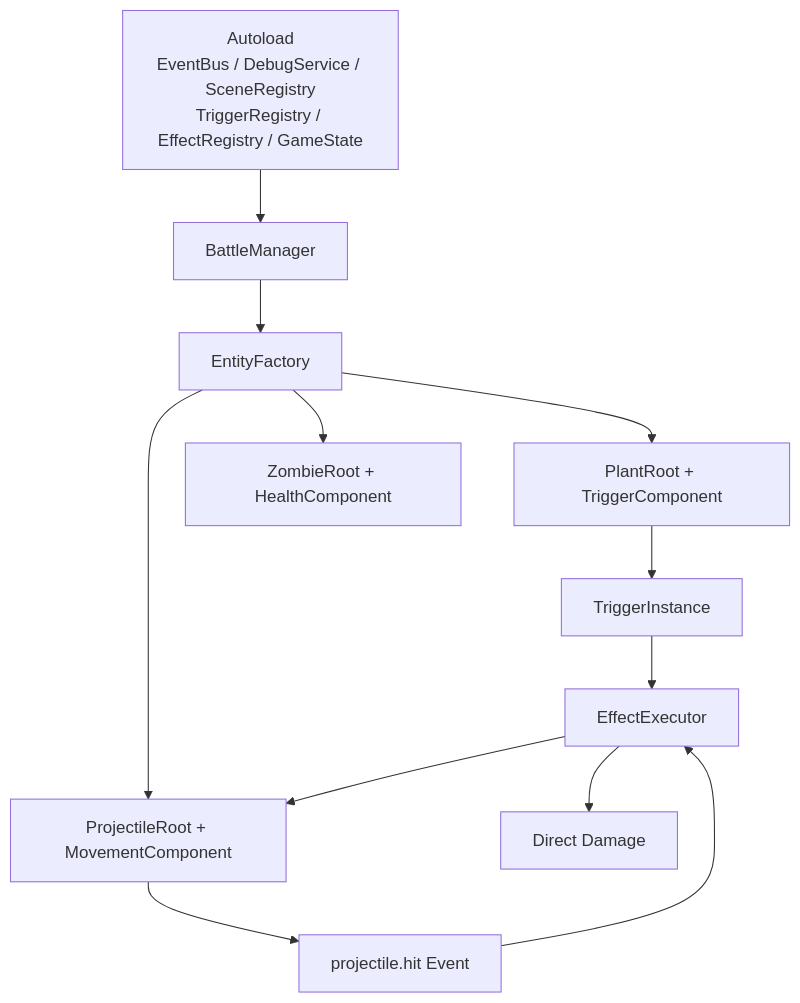
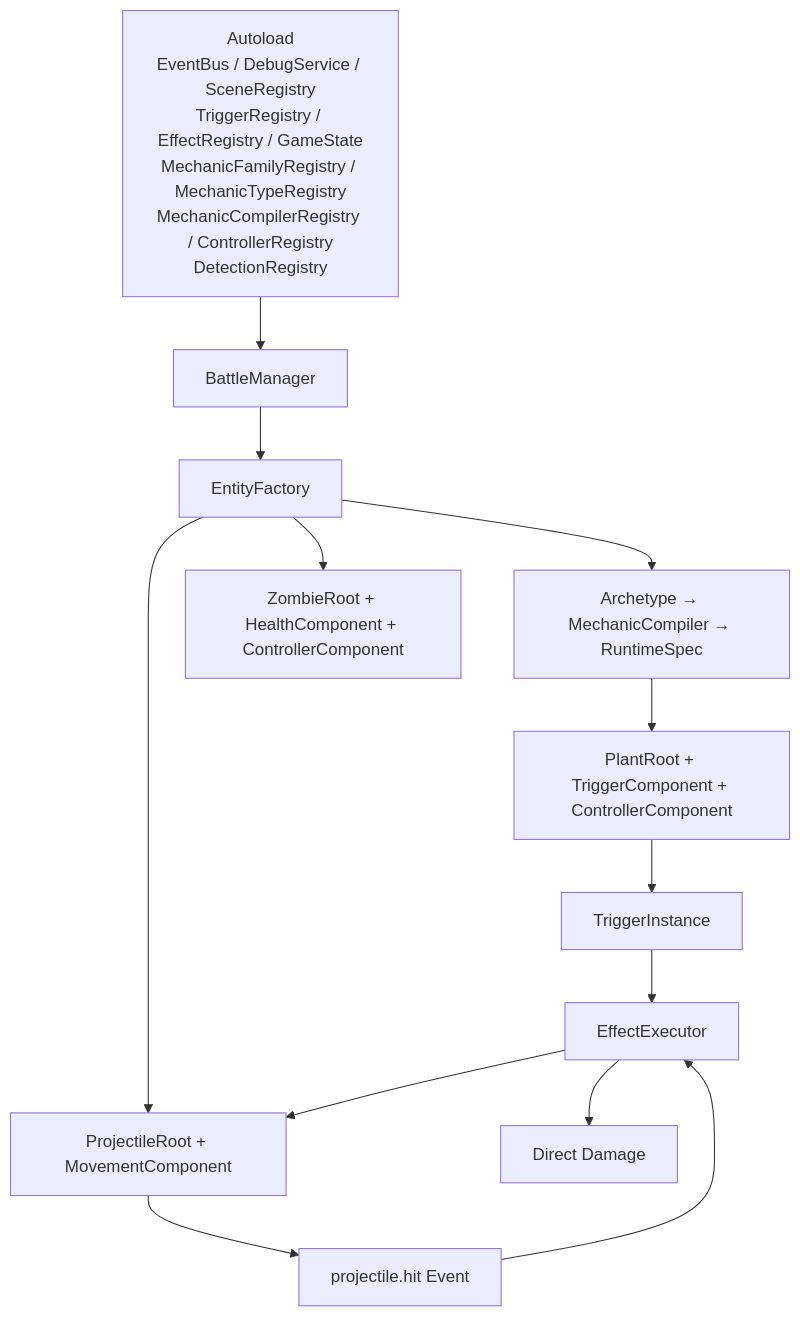
The second of 2 diagrams in wiki/01-overview/00-架构总览.md (Abgetrennter/open_pvz), drawn with Mermaid before and after one commit. The commit also changed other lines of this file and 12 other files, not shown here.

````diff
--- a/wiki/01-overview/00-架构总览.md
+++ b/wiki/01-overview/00-架构总览.md
@@ -61,14 +61,15 @@
 ```mermaid
 graph TD
-    A["Autoload<br/>EventBus / DebugService / SceneRegistry<br/>TriggerRegistry / EffectRegistry / GameState"] --> B["BattleManager"]
+    A["Autoload<br/>EventBus / DebugService / SceneRegistry<br/>TriggerRegistry / EffectRegistry / GameState<br/>MechanicFamilyRegistry / MechanicTypeRegistry<br/>MechanicCompilerRegistry / ControllerRegistry<br/>DetectionRegistry"] --> B["BattleManager"]
     B --> C["EntityFactory"]
-    C --> D["PlantRoot + TriggerComponent"]
-    C --> E["ZombieRoot + HealthComponent"]
-    C --> F["ProjectileRoot + MovementComponent"]
-    D --> G["TriggerInstance"]
-    G --> H["EffectExecutor"]
-    H --> F
-    H --> I["Direct Damage"]
-    F --> J["projectile.hit Event"]
-    J --> H
+    C --> D["Archetype → MechanicCompiler → RuntimeSpec"]
+    D --> E["PlantRoot + TriggerComponent + ControllerComponent"]
+    C --> F["ZombieRoot + HealthComponent + ControllerComponent"]
+    C --> G["ProjectileRoot + MovementComponent"]
+    E --> H["TriggerInstance"]
+    H --> I["EffectExecutor"]
+    I --> G
+    I --> J["Direct Damage"]
+    G --> K["projectile.hit Event"]
+    K --> I
 ```
````
